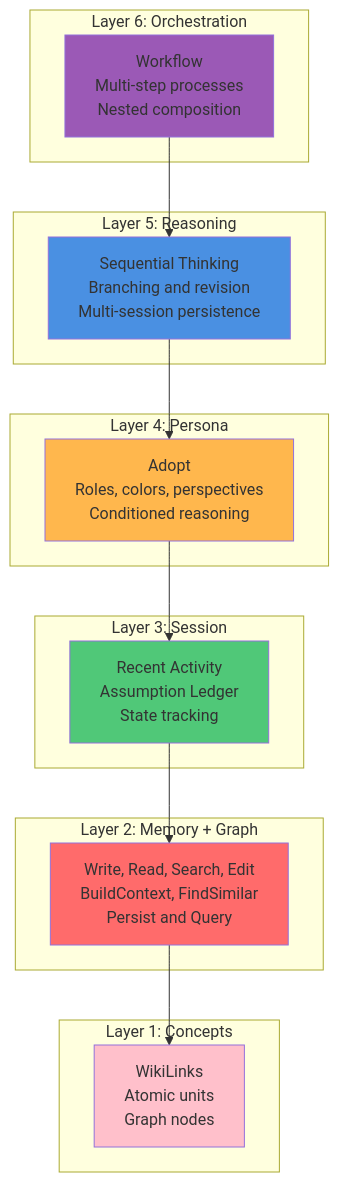
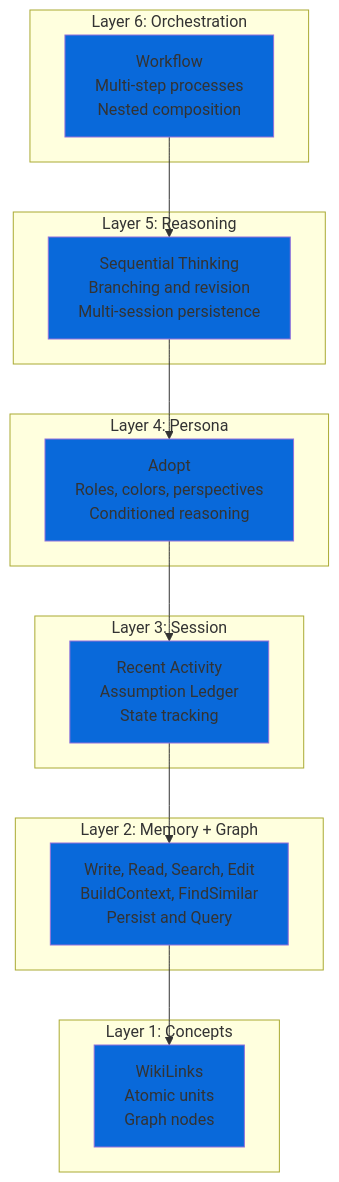
One commit to msbrettorg/maenifold changed the first of 2 diagrams in README.md. Above: the diagram before and after it, drawn with Mermaid. The commit also changed other lines of this file and 31 other files, not shown here.

````diff
--- a/README.md
+++ b/README.md
@@ -131,39 +131,39 @@
 ```mermaid
 graph TB
     subgraph "Layer 6: Orchestration"
         Orchestration[Workflow<br/>Multi-step processes<br/>Nested composition]
     end
 
     subgraph "Layer 5: Reasoning"
         Reasoning[Sequential Thinking<br/>Branching and revision<br/>Multi-session persistence]
     end
 
     subgraph "Layer 4: Persona"
         Persona[Adopt<br/>Roles, colors, perspectives<br/>Conditioned reasoning]
     end
 
     subgraph "Layer 3: Session"
         Session[Recent Activity<br/>Assumption Ledger<br/>State tracking]
     end
 
     subgraph "Layer 2: Memory + Graph"
         Memory[Write, Read, Search, Edit<br/>BuildContext, FindSimilar<br/>Persist and Query]
     end
 
     subgraph "Layer 1: Concepts"
         Concepts[WikiLinks<br/>Atomic units<br/>Graph nodes]
     end
 
     Orchestration --> Reasoning
     Reasoning --> Persona
     Persona --> Session
     Session --> Memory
     Memory --> Concepts
 
-    style Orchestration fill:#9B59B6
-    style Reasoning fill:#4A90E2
-    style Persona fill:#FFB74D
-    style Session fill:#50C878
-    style Memory fill:#FF6B6B
-    style Concepts fill:#FFC0CB
+    style Orchestration fill:#0969DA
+    style Reasoning fill:#0969DA
+    style Persona fill:#0969DA
+    style Session fill:#0969DA
+    style Memory fill:#0969DA
+    style Concepts fill:#0969DA
 ```
````
